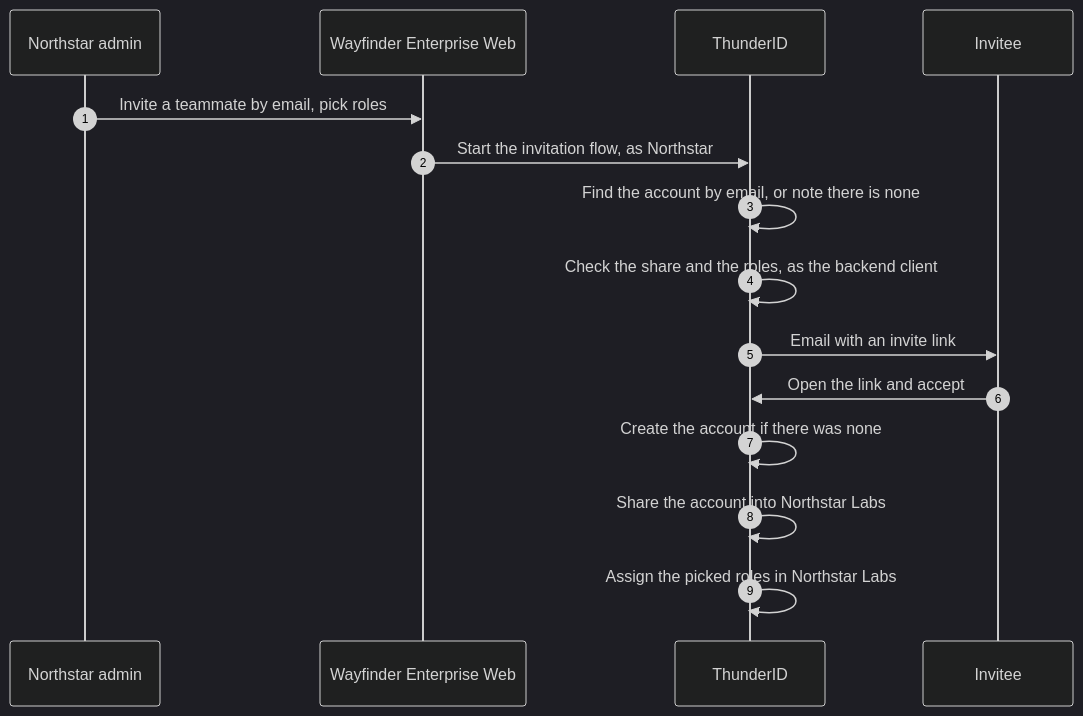
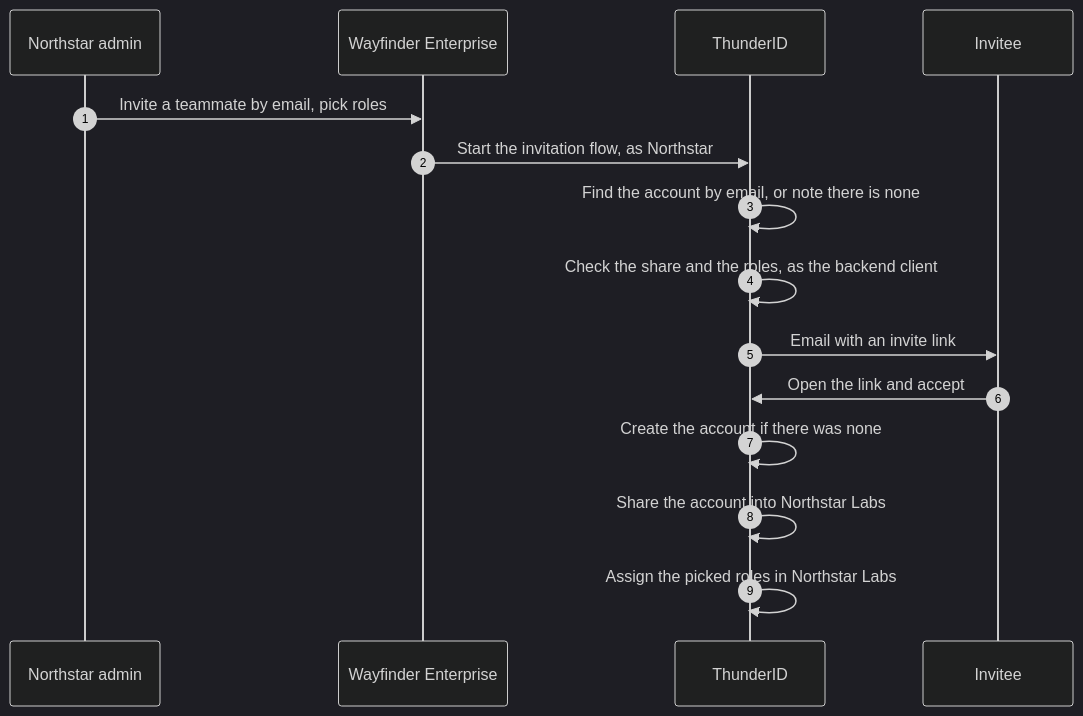
The diagram in docs/content/use-cases/b2b/journeys/invite-members.mdx (thunder-id/thunderid), drawn with Mermaid (dark theme) before and after one commit. The commit also changed other lines of this file and 16 other files, not shown here.

First line of the commit message:
Point the B2B docs at the Wayfinder Enterprise sample and add B2B quickstarts

````diff
--- a/docs/content/use-cases/b2b/journeys/invite-members.mdx
+++ b/docs/content/use-cases/b2b/journeys/invite-members.mdx
@@ -36,17 +36,17 @@
 ```mermaid
 sequenceDiagram
   autonumber
   participant Admin as Northstar admin
-  participant App as Wayfinder Enterprise Web
+  participant App as Wayfinder Enterprise
   participant TID as ThunderID
   participant Invitee
   Admin->>App: Invite a teammate by email, pick roles
   App->>TID: Start the invitation flow, as Northstar
   TID->>TID: Find the account by email, or note there is none
   TID->>TID: Check the share and the roles, as the backend client
   TID->>Invitee: Email with an invite link
   Invitee->>TID: Open the link and accept
   TID->>TID: Create the account if there was none
   TID->>TID: Share the account into Northstar Labs
   TID->>TID: Assign the picked roles in Northstar Labs
 ```
````
